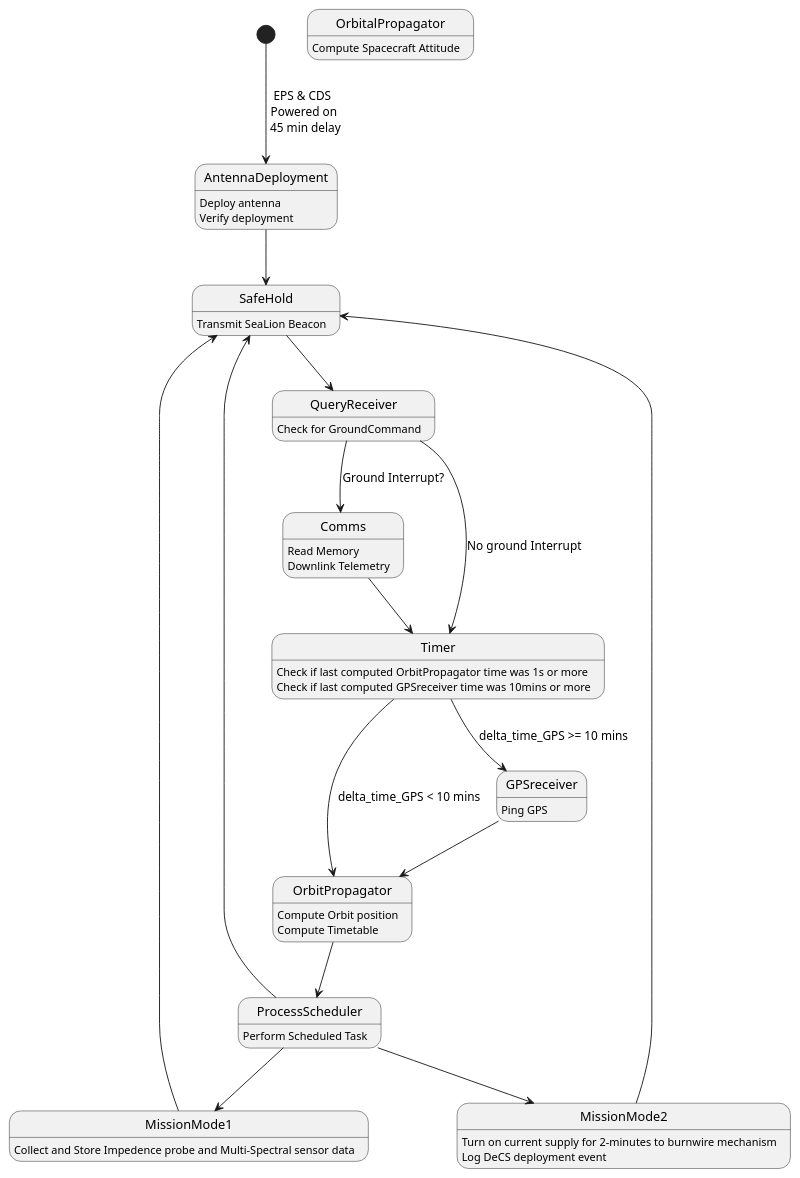
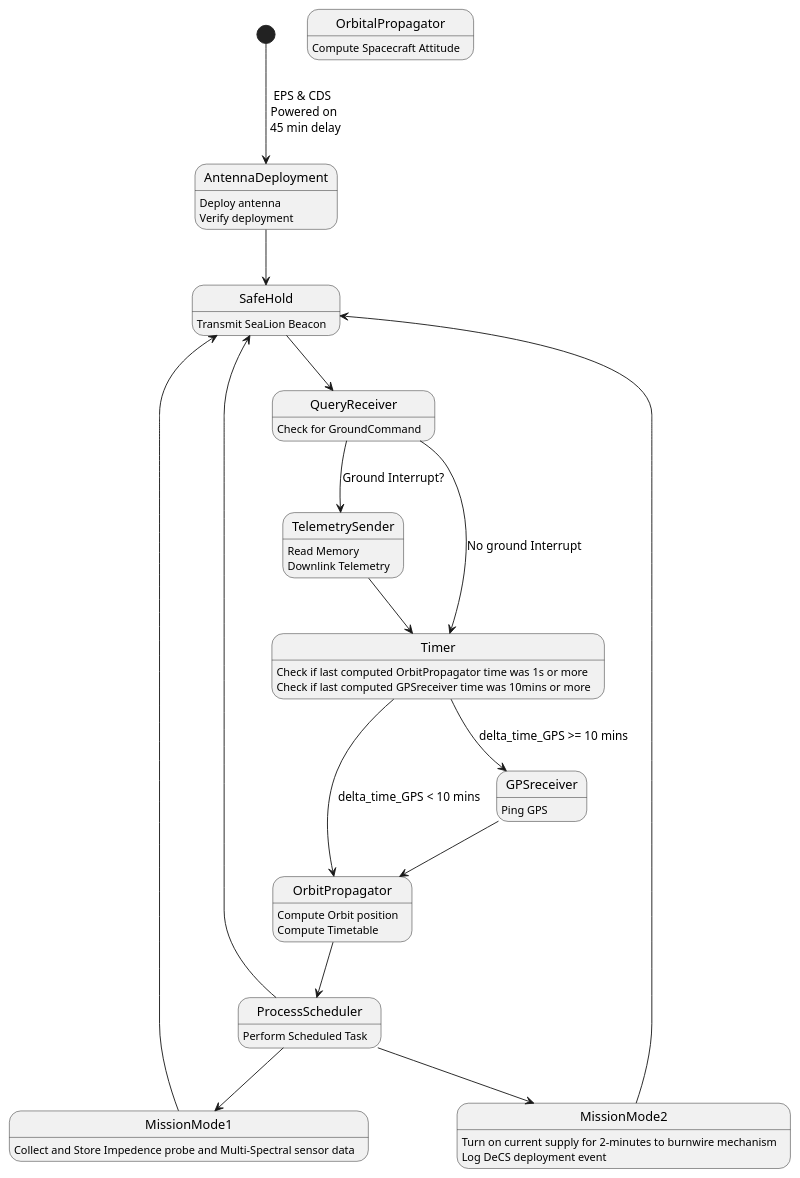
One commit to ODU-CGA-CubeSat/FSW changed the diagram in fsw-architecture/operating-mode-as-fsm.puml. Above: the diagram before and after it, drawn with PlantUML.

Commit message:
rename Comms to TelemetrySender

```diff
--- a/fsw-architecture/operating-mode-as-fsm.puml
+++ b/fsw-architecture/operating-mode-as-fsm.puml
@@ -1,45 +1,45 @@
 @startuml
 
 state AntennaDeployment
       AntennaDeployment : Deploy antenna
       AntennaDeployment : Verify deployment
 state SafeHold
       SafeHold : Transmit SeaLion Beacon
 state QueryReceiver
       QueryReceiver : Check for GroundCommand
-state Comms
-      Comms : Read Memory
-      Comms : Downlink Telemetry
+state TelemetrySender
+      TelemetrySender : Read Memory
+      TelemetrySender : Downlink Telemetry
 state Timer
       Timer : Check if last computed OrbitPropagator time was 1s or more
       Timer : Check if last computed GPSreceiver time was 10mins or more
 state MissionMode1
       MissionMode1 : Collect and Store Impedence probe and Multi-Spectral sensor data
 state MissionMode2
       MissionMode2 : Turn on current supply for 2-minutes to burnwire mechanism
       MissionMode2 : Log DeCS deployment event
 state ProcessScheduler
       ProcessScheduler : Perform Scheduled Task
 state OrbitPropagator
       OrbitalPropagator : Compute Spacecraft Attitude
       OrbitPropagator : Compute Orbit position
       OrbitPropagator : Compute Timetable
 state GPSreceiver
       GPSreceiver : Ping GPS
 
 [*] --> AntennaDeployment : EPS & CDS \n Powered on \n 45 min delay
 AntennaDeployment --> SafeHold
 SafeHold --> QueryReceiver
-QueryReceiver --> Comms : Ground Interrupt?
+QueryReceiver --> TelemetrySender : Ground Interrupt?
 QueryReceiver --> Timer : No ground Interrupt
-Comms --> Timer
+TelemetrySender --> Timer
 MissionMode1 --> SafeHold
 MissionMode2 --> SafeHold
 ProcessScheduler --> SafeHold
 ProcessScheduler --> MissionMode1
 ProcessScheduler --> MissionMode2
 OrbitPropagator --> ProcessScheduler
 Timer  --> OrbitPropagator : delta_time_GPS < 10 mins
 Timer --> GPSreceiver : delta_time_GPS >= 10 mins
 GPSreceiver --> OrbitPropagator
 @enduml
```
